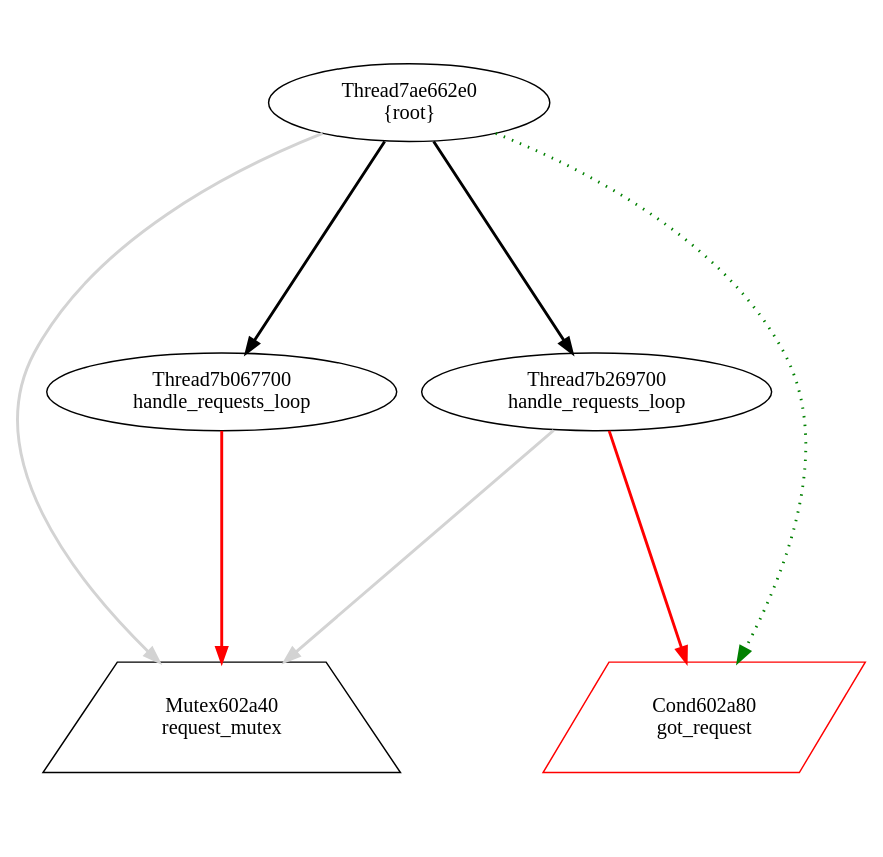
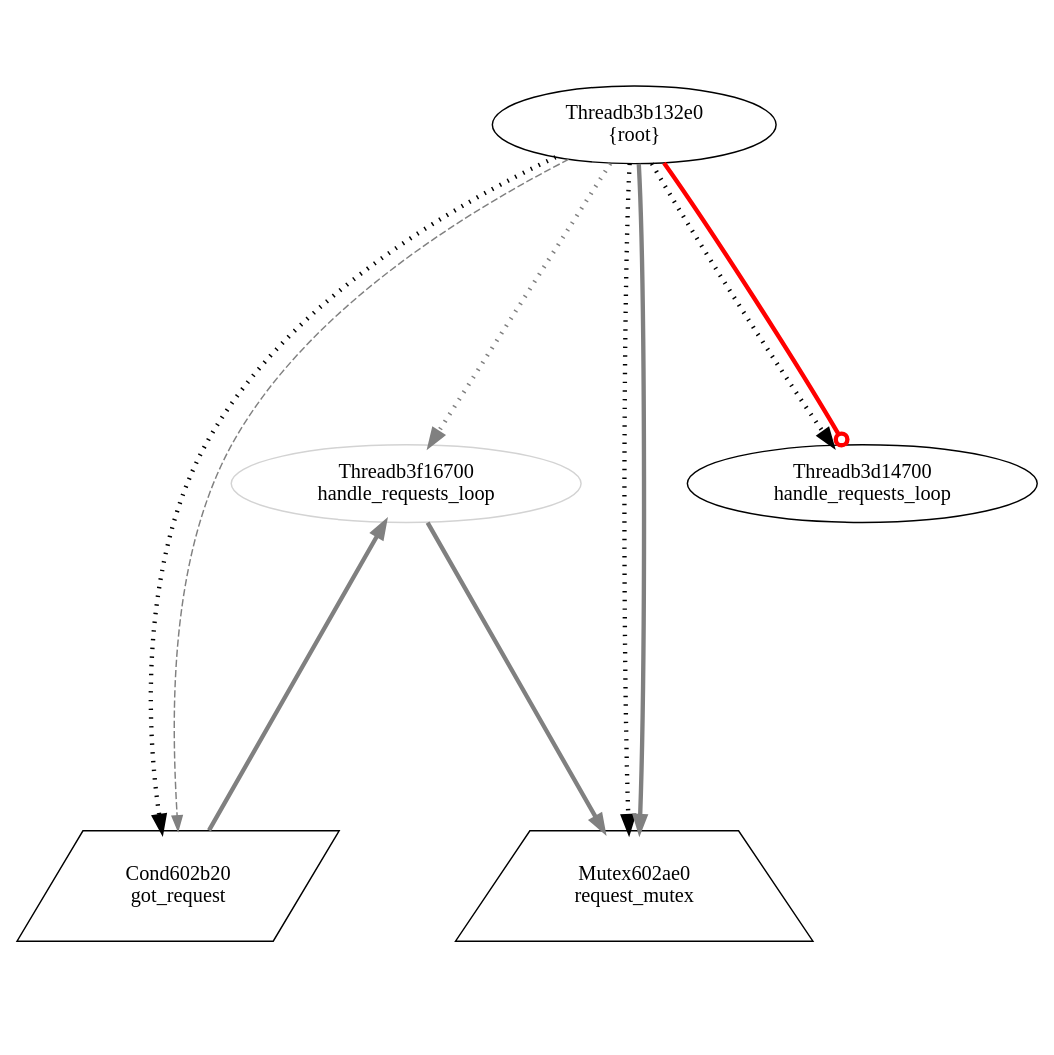
Before and after one commit to v4o6/cs410: the diagram in view/dot/graph026.dot, drawn with Graphviz. The commit also changed 109 other files, not shown here.

```diff
--- a/view/dot/graph026.dot
+++ b/view/dot/graph026.dot
@@ -1,15 +1,17 @@
 digraph G {
 graph[center=true, ratio=1];
-Mutex602a40 [shape=trapezium,color=black,label="Mutex602a40\nrequest_mutex"];
-Cond602a80 [shape=parallelogram,color=red,label="Cond602a80\ngot_request"];
-Thread7ae662e0 [color=black,label="Thread7ae662e0\n{root}"];
-Thread7ae662e0 -> Mutex602a40 [arrowhead=normal,color=lightgray,penwidth=2];
-Thread7ae662e0 -> Cond602a80 [style=dotted,color=green,penwidth=2];
-Thread7ae662e0 -> Thread7b269700 [arrowhead=normal,penwidth=2];
-Thread7ae662e0 -> Thread7b067700 [arrowhead=normal,penwidth=2];
-Thread7b269700 [color=black,label="Thread7b269700\nhandle_requests_loop"];
-Thread7b269700 -> Mutex602a40 [arrowhead=normal,color=lightgray,penwidth=2];
-Thread7b269700 -> Cond602a80 [arrowhead=normal,color=red,penwidth=2];
-Thread7b067700 [color=black,label="Thread7b067700\nhandle_requests_loop"];
-Thread7b067700 -> Mutex602a40 [arrowhead=normal,color=red,penwidth=2];
+Threadb3f16700 [color=lightgrey,label="Threadb3f16700\nhandle_requests_loop"];
+Threadb3f16700 -> Cond602b20 [arrowhead=normal,color=grey,dir=back,penwidth=3];
+Threadb3f16700 -> Mutex602ae0 [arrowhead=normal,color=grey,penwidth=3];
+Threadb3d14700 [color=black,label="Threadb3d14700\nhandle_requests_loop"];
+Threadb3b132e0 [color=black,label="Threadb3b132e0\n{root}"];
+Threadb3b132e0 -> Mutex602ae0 [style=dotted,arrowhead=normal,penwidth=3];
+Threadb3b132e0 -> Cond602b20 [style=dotted,arrowhead=normal,penwidth=3];
+Threadb3b132e0 -> Threadb3d14700 [style=dotted,arrowhead=normal,penwidth=3];
+Threadb3b132e0 -> Threadb3f16700 [style=dotted,arrowhead=normal,color=grey,penwidth=3];
+Threadb3b132e0 -> Threadb3d14700 [arrowhead=odot,color=red,penwidth=3];
+Threadb3b132e0 -> Cond602b20 [style=dashed,color=grey,penwdith=6];
+Threadb3b132e0 -> Mutex602ae0 [arrowhead=normal,color=grey,penwidth=3];
+Cond602b20 [shape=parallelogram,color=black,label="Cond602b20\ngot_request"];
+Mutex602ae0 [shape=trapezium,color=black,label="Mutex602ae0\nrequest_mutex"];
 }
```
